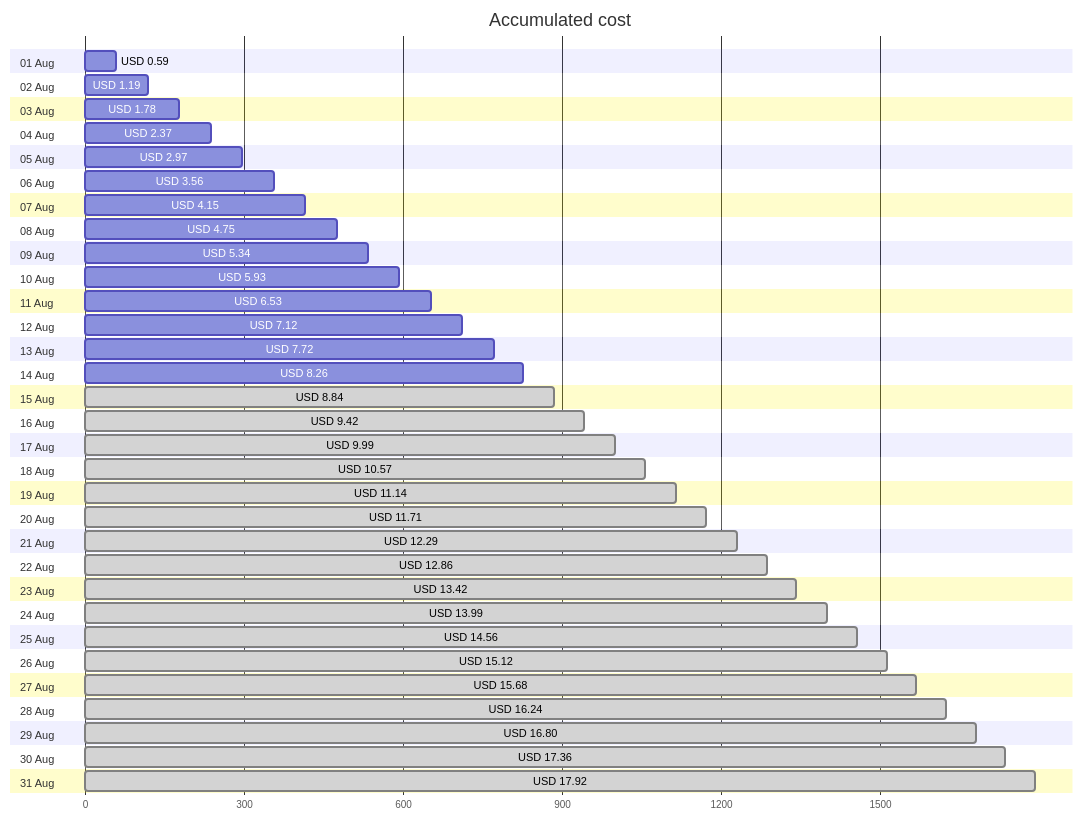
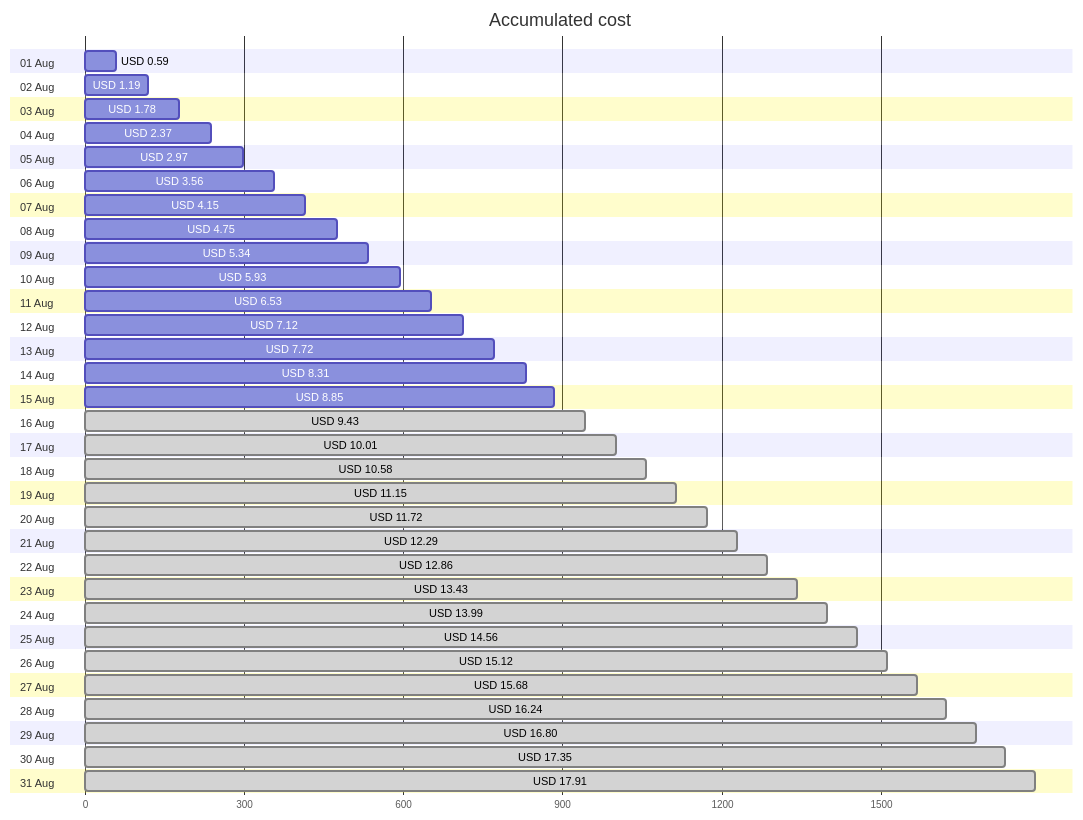
Before and after one commit to jpfulton/azure-personal-reports: the first of 4 diagrams in cost-reports/personal-site/README.md, drawn with Mermaid. The commit also changed other lines of this file and 6 other files, not shown here.

````diff
--- a/cost-reports/personal-site/README.md
+++ b/cost-reports/personal-site/README.md
@@ -20,68 +20,68 @@
 ```mermaid
 gantt
    title Accumulated cost
    dateFormat  X
    axisFormat %s
    section 01 Aug
    USD 0.59 :0, 59
    section 02 Aug
    USD 1.19 :0, 119
    section 03 Aug
    USD 1.78 :0, 178
    section 04 Aug
    USD 2.37 :0, 237
    section 05 Aug
    USD 2.97 :0, 297
    section 06 Aug
    USD 3.56 :0, 356
    section 07 Aug
    USD 4.15 :0, 415
    section 08 Aug
    USD 4.75 :0, 475
    section 09 Aug
    USD 5.34 :0, 534
    section 10 Aug
    USD 5.93 :0, 593
    section 11 Aug
    USD 6.53 :0, 653
    section 12 Aug
    USD 7.12 :0, 712
    section 13 Aug
    USD 7.72 :0, 772
    section 14 Aug
-   USD 8.26 :0, 826
+   USD 8.31 :0, 831
    section 15 Aug
-   USD 8.84 : done, 0, 884
+   USD 8.85 :0, 885
    section 16 Aug
-   USD 9.42 : done, 0, 942
+   USD 9.43 : done, 0, 943
    section 17 Aug
-   USD 9.99 : done, 0, 999
+   USD 10.01 : done, 0, 1001
    section 18 Aug
-   USD 10.57 : done, 0, 1057
+   USD 10.58 : done, 0, 1058
    section 19 Aug
-   USD 11.14 : done, 0, 1114
+   USD 11.15 : done, 0, 1115
    section 20 Aug
-   USD 11.71 : done, 0, 1171
+   USD 11.72 : done, 0, 1172
    section 21 Aug
    USD 12.29 : done, 0, 1229
    section 22 Aug
    USD 12.86 : done, 0, 1286
    section 23 Aug
-   USD 13.42 : done, 0, 1342
+   USD 13.43 : done, 0, 1343
    section 24 Aug
    USD 13.99 : done, 0, 1399
    section 25 Aug
    USD 14.56 : done, 0, 1456
    section 26 Aug
    USD 15.12 : done, 0, 1512
    section 27 Aug
    USD 15.68 : done, 0, 1568
    section 28 Aug
    USD 16.24 : done, 0, 1624
    section 29 Aug
    USD 16.80 : done, 0, 1680
    section 30 Aug
-   USD 17.36 : done, 0, 1736
+   USD 17.35 : done, 0, 1735
    section 31 Aug
-   USD 17.92 : done, 0, 1792
+   USD 17.91 : done, 0, 1791
 ```
````
